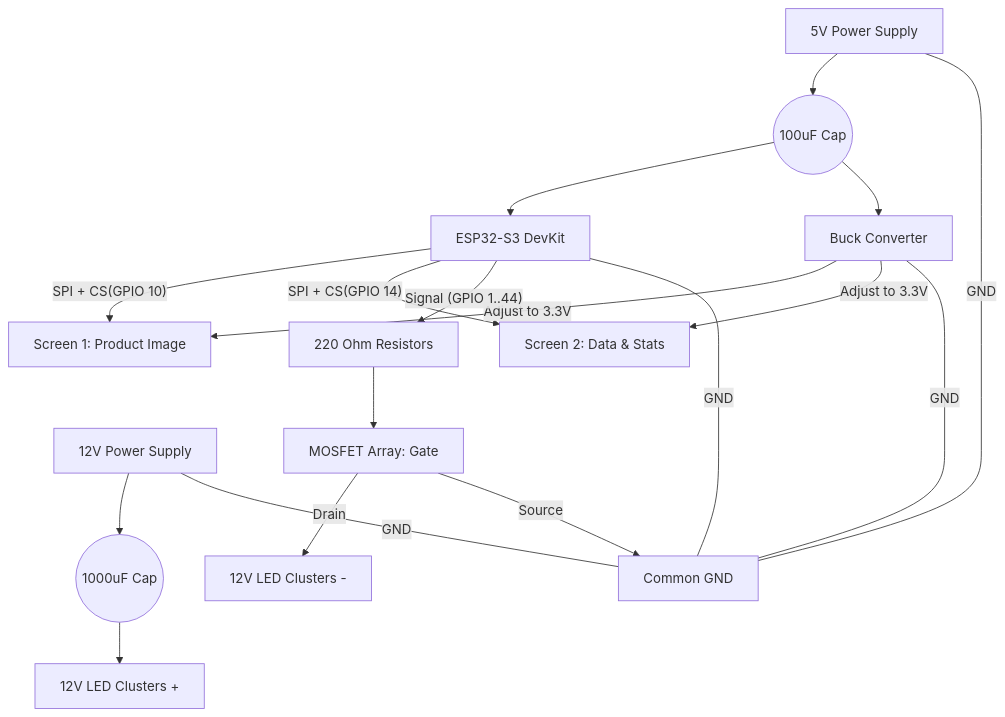
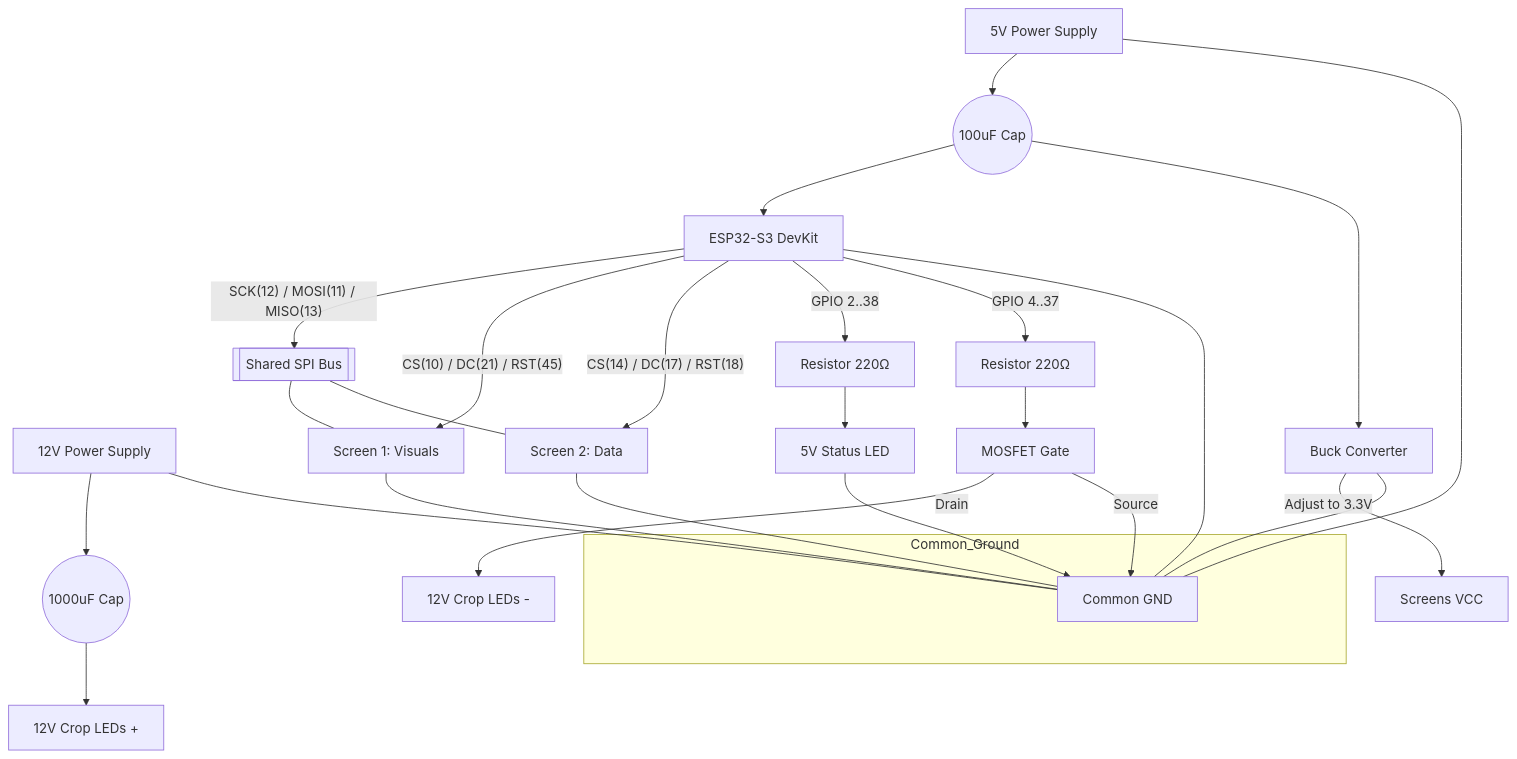
The diagram in walkthrough.md (akashbiswas7074/krishi), drawn with Mermaid before and after one commit. The commit also changed other lines of this file and 216 other files, not shown here.

````diff
--- a/walkthrough.md
+++ b/walkthrough.md
@@ -66,31 +79,43 @@
 ```mermaid
 graph TD
     %% Power Supplies
     PS_12V[12V Power Supply] --> Cap12V((1000uF Cap))
-    Cap12V --> LEDS[12V LED Clusters +]
+    Cap12V --> LEDS_12V[12V Crop LEDs +]
     
     PS_5V[5V Power Supply] --> Cap5V((100uF Cap))
     Cap5V --> ESP[ESP32-S3 DevKit]
     Cap5V --> Buck[Buck Converter]
     
-    %% Screens
-    Buck -- "Adjust to 3.3V" --> Scr1[Screen 1: Product Image]
-    Buck -- "Adjust to 3.3V" --> Scr2[Screen 2: Data & Stats]
+    %% Dual Screen Wiring (SPI & Power)
+    Buck -- "Adjust to 3.3V" --> VCC_SCREENS[Screens VCC]
+    ESP -- "SCK(12) / MOSI(11) / MISO(13)" --> SPI_BUS[[Shared SPI Bus]]
     
-    %% Logic Connections
-    ESP -- "SPI + CS(GPIO 10)" --> Scr1
-    ESP -- "SPI + CS(GPIO 14)" --> Scr2
+    SPI_BUS --- Scr1[Screen 1: Visuals]
+    SPI_BUS --- Scr2[Screen 2: Data]
     
-    %% MOSFET Control
-    ESP -- "Signal (GPIO 1..44)" --> Resists[220 Ohm Resistors]
-    Resists --> MOSFETs[MOSFET Array: Gate]
+    ESP -- "CS(10) / DC(21) / RST(45)" --> Scr1
+    ESP -- "CS(14) / DC(17) / RST(18)" --> Scr2
     
-    MOSFETs -- "Drain" --> LEDS_GND[12V LED Clusters -]
-    MOSFETs -- "Source" --> GND[Common GND]
+    %% Type 1: 5V Status LEDs (Control Panel)
+    ESP -- "GPIO 2..38" --> Res5V[Resistor 220Ω]
+    Res5V --> LED_5V[5V Status LED]
+    LED_5V --> GND
+    
+    %% Type 2: 12V Crop LEDs (Diorama Fields)
+    ESP -- "GPIO 4..37" --> Res12V[Resistor 220Ω]
+    Res12V --> MOSFETs[MOSFET Gate]
+    MOSFETs -- "Drain" --> LEDS_12V_GND[12V Crop LEDs -]
+    MOSFETs -- "Source" --> GND
     
     %% Shared Ground
-    ESP -- GND --- GND
-    PS_12V -- GND --- GND
-    PS_5V -- GND --- GND
-    Buck -- GND --- GND
+    subgraph Common_Ground
+    GND[Common GND]
+    end
+    
+    ESP --- GND
+    PS_12V --- GND
+    PS_5V --- GND
+    Buck --- GND
+    Scr1 --- GND
+    Scr2 --- GND
 ```
````
